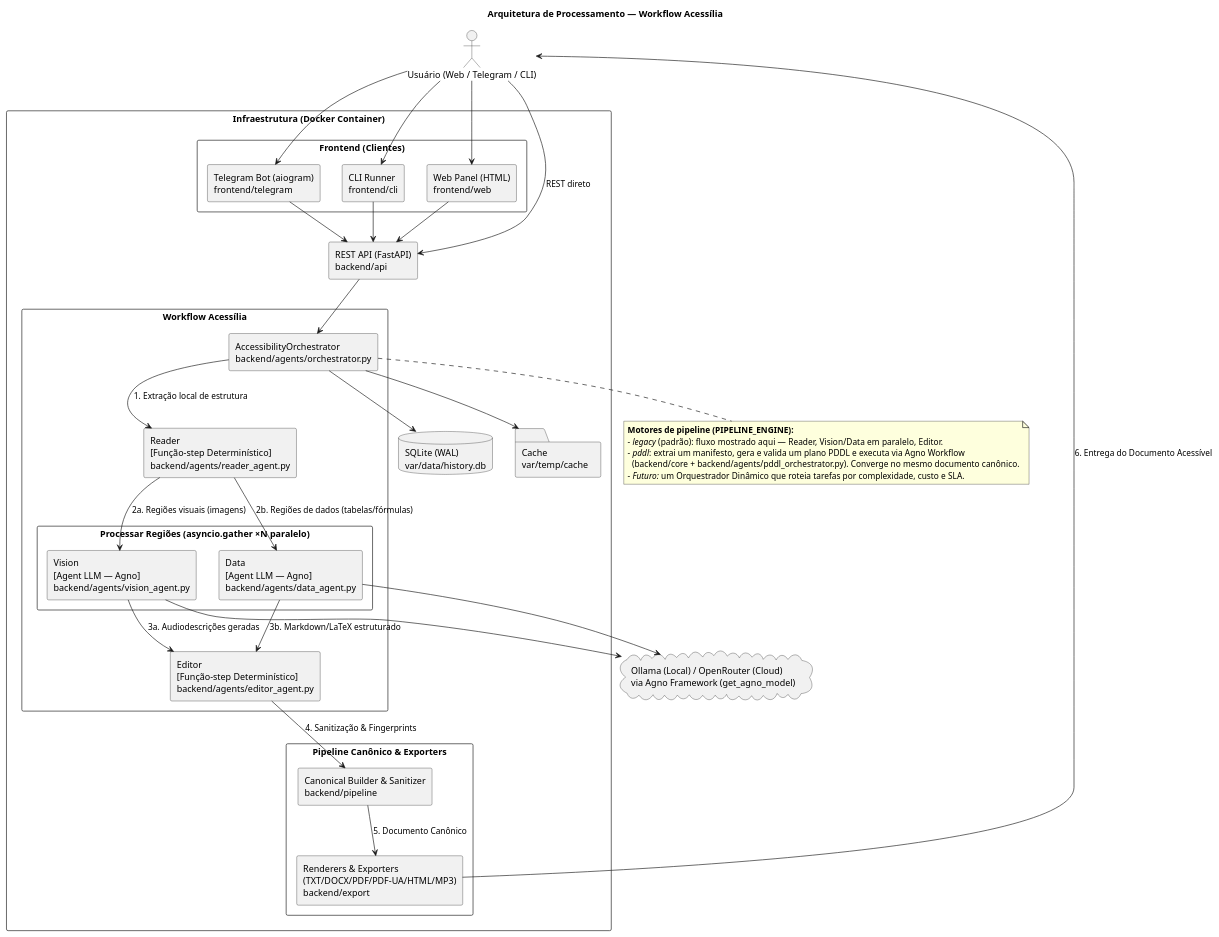
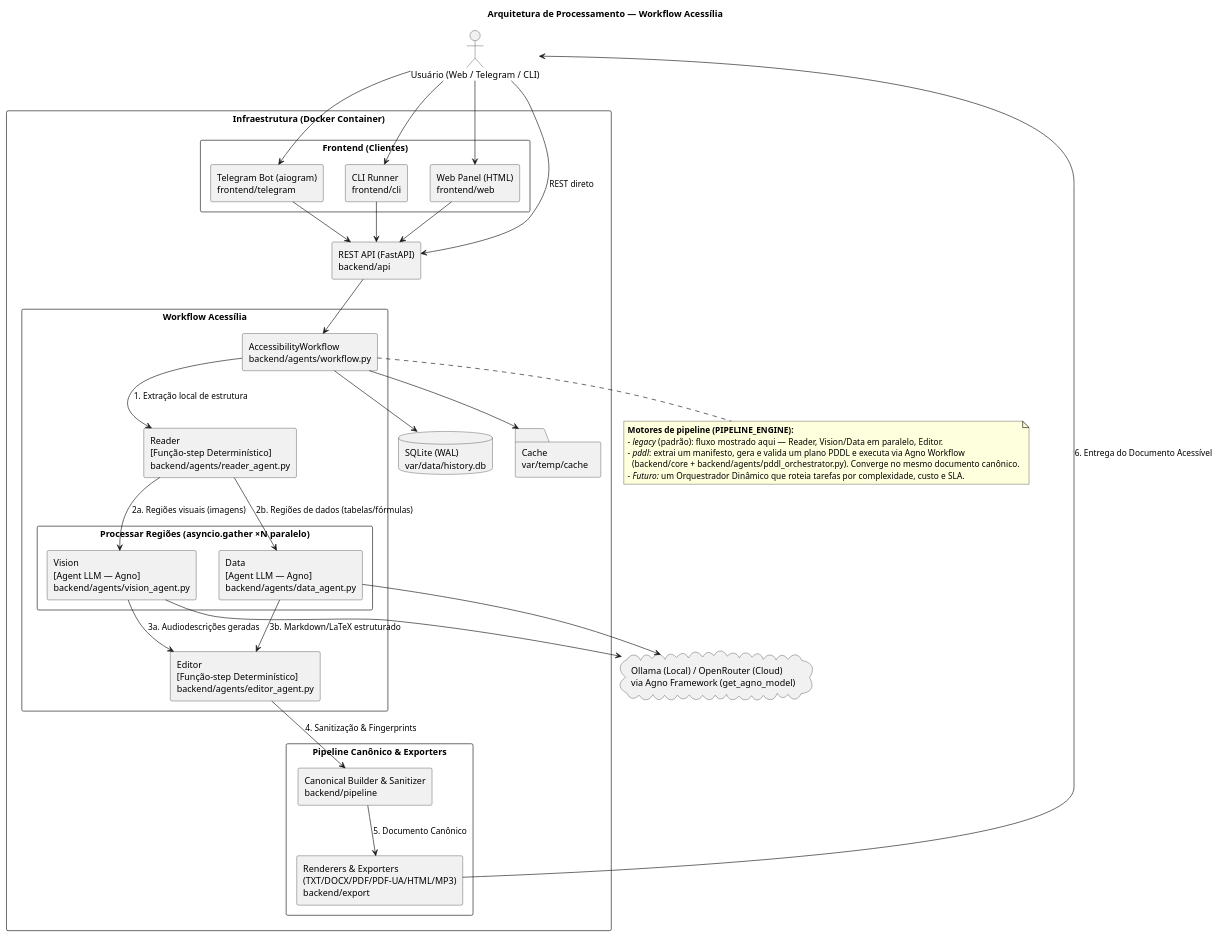
The diagram in docs/architecture/architecture.puml (A11yDevs/acessilia), drawn with PlantUML before and after one commit. The commit also changed 7 other files, not shown here.

First line of the commit message:
docs(workflow): update architecture, patterns, use cases, and diagrams for AccessibilityWorkflow

```diff
--- a/docs/architecture/architecture.puml
+++ b/docs/architecture/architecture.puml
@@ -1,77 +1,77 @@
 @startuml architecture
 skinparam componentStyle rectangle
 skinparam shadowing false
 skinparam packageStyle rectangle
 
 title Arquitetura de Processamento — Workflow Acessília
 
 actor "Usuário (Web / Telegram / CLI)" as User
 
 package "Infraestrutura (Docker Container)" {
   
   package "Frontend (Clientes)" {
     component "Web Panel (HTML)\nfrontend/web" as WebUI
     component "Telegram Bot (aiogram)\nfrontend/telegram" as TelegramBot
     component "CLI Runner\nfrontend/cli" as CLI
   }
 
   component "REST API (FastAPI)\nbackend/api" as API
 
   package "Workflow Acessília" {
-    component "AccessibilityOrchestrator\nbackend/agents/orchestrator.py" as Orchestrator
+    component "AccessibilityWorkflow\nbackend/agents/workflow.py" as Orchestrator
     
     component "Reader\n[Função-step Determinístico]\nbackend/agents/reader_agent.py" as Reader
     
     package "Processar Regiões (asyncio.gather ×N paralelo)" {
       component "Vision\n[Agent LLM — Agno]\nbackend/agents/vision_agent.py" as Vision
       component "Data\n[Agent LLM — Agno]\nbackend/agents/data_agent.py" as Data
     }
     
     component "Editor\n[Função-step Determinístico]\nbackend/agents/editor_agent.py" as Editor
   }
 
   package "Pipeline Canônico & Exporters" {
     component "Canonical Builder & Sanitizer\nbackend/pipeline" as Pipeline
     component "Renderers & Exporters\n(TXT/DOCX/PDF/PDF-UA/HTML/MP3)\nbackend/export" as Exporters
   }
 
   database "SQLite (WAL)\nvar/data/history.db" as DB
   folder "Cache\nvar/temp/cache" as Cache
 }
 
 cloud "Ollama (Local) / OpenRouter (Cloud)\nvia Agno Framework (get_agno_model)" as AI
 
 note bottom of Orchestrator
   <b>Motores de pipeline (PIPELINE_ENGINE):</b>
   - <i>legacy</i> (padrão): fluxo mostrado aqui — Reader, Vision/Data em paralelo, Editor.
   - <i>pddl</i>: extrai um manifesto, gera e valida um plano PDDL e executa via Agno Workflow
     (backend/core + backend/agents/pddl_orchestrator.py). Converge no mesmo documento canônico.
   - <i>Futuro:</i> um Orquestrador Dinâmico que roteia tarefas por complexidade, custo e SLA.
 end note
 
 User --> WebUI
 User --> TelegramBot
 User --> CLI
 User --> API : REST direto
 
 WebUI --> API
 TelegramBot --> API
 CLI --> API
 API --> Orchestrator
 
 Orchestrator --> DB
 Orchestrator --> Cache
 
 Orchestrator --> Reader : 1. Extração local de estrutura
 Reader --> Vision : 2a. Regiões visuais (imagens)
 Reader --> Data : 2b. Regiões de dados (tabelas/fórmulas)
 Vision --> AI
 Data --> AI
 
 Vision --> Editor : 3a. Audiodescrições geradas
 Data --> Editor : 3b. Markdown/LaTeX estruturado
 Editor --> Pipeline : 4. Sanitização & Fingerprints
 Pipeline --> Exporters : 5. Documento Canônico
 Exporters --> User : 6. Entrega do Documento Acessível
 
 @enduml
```
